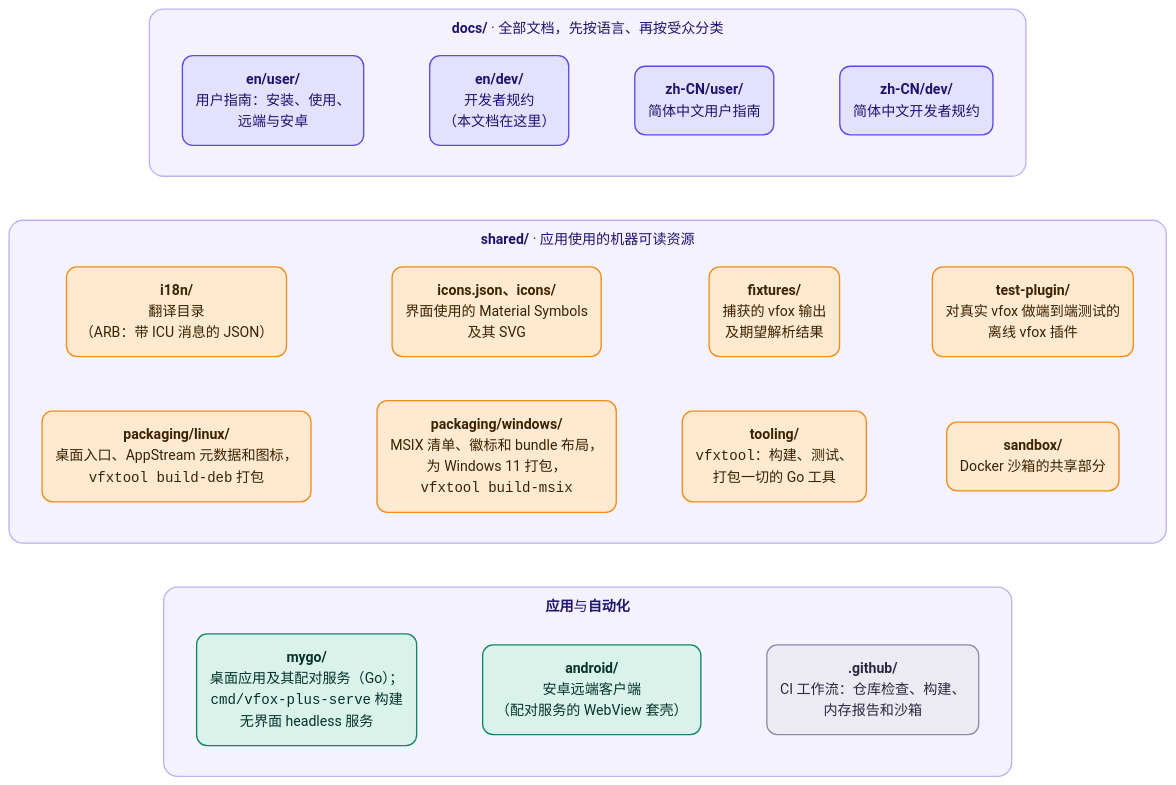
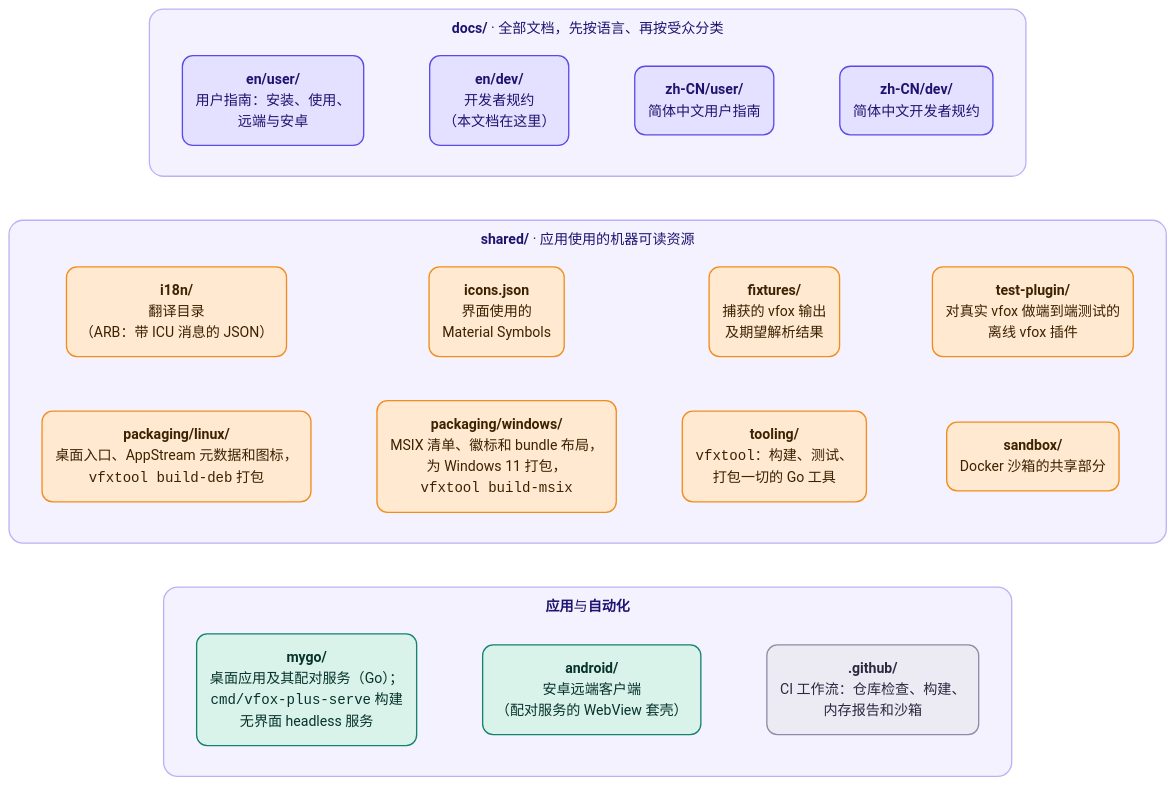
Before and after one commit to version-fox/vfox-plus: the first of 3 diagrams in docs/zh-CN/dev/architecture.md, drawn with Mermaid. The commit also changed other lines of this file and 136 other files, not shown here.

````diff
--- a/docs/zh-CN/dev/architecture.md
+++ b/docs/zh-CN/dev/architecture.md
@@ -12,51 +12,51 @@
 ```mermaid
 ---
 config:
   theme: base
   themeVariables:
     fontFamily: "system-ui, -apple-system, 'Segoe UI', 'Noto Sans', 'Noto Sans CJK SC', 'PingFang SC', 'Microsoft YaHei', sans-serif"
     lineColor: "#7C79A8"
     primaryColor: "#FFE9D0"
     primaryBorderColor: "#F28C1B"
     primaryTextColor: "#3B2200"
     clusterBkg: "#F4F2FF"
     clusterBorder: "#B9B3F5"
     titleColor: "#1E1470"
     edgeLabelBackground: "#FFFFFF"
   flowchart:
     curve: basis
     wrappingWidth: 320
     subGraphTitleMargin:
       top: 10
       bottom: 8
 ---
 flowchart TB
     accTitle: 仓库布局
     accDescr: docs 存放文档，shared 存放应用使用的资源，mygo 与 android 是应用，.github 是 CI 工作流。
     subgraph docs["<b>docs/</b> · 全部文档，先按语言、再按受众分类"]
         direction LR
         d1("<b>en/user/</b><br/>用户指南：安装、使用、<br/>远端与安卓") ~~~ d2("<b>en/dev/</b><br/>开发者规约<br/>（本文档在这里）") ~~~ d3("<b>zh-CN/user/</b><br/>简体中文用户指南") ~~~ d4("<b>zh-CN/dev/</b><br/>简体中文开发者规约")
     end
     subgraph shared["<b>shared/</b> · 应用使用的机器可读资源"]
         direction LR
-        s1("<b>i18n/</b><br/>翻译目录<br/>（ARB：带 ICU 消息的 JSON）") ~~~ s2("<b>icons.json、icons/</b><br/>界面使用的 Material Symbols<br/>及其 SVG") ~~~ s3("<b>fixtures/</b><br/>捕获的 vfox 输出<br/>及期望解析结果") ~~~ s4("<b>test-plugin/</b><br/>对真实 vfox 做端到端测试的<br/>离线 vfox 插件")
+        s1("<b>i18n/</b><br/>翻译目录<br/>（ARB：带 ICU 消息的 JSON）") ~~~ s2("<b>icons.json</b><br/>界面使用的<br/>Material Symbols") ~~~ s3("<b>fixtures/</b><br/>捕获的 vfox 输出<br/>及期望解析结果") ~~~ s4("<b>test-plugin/</b><br/>对真实 vfox 做端到端测试的<br/>离线 vfox 插件")
         s5("<b>packaging/linux/</b><br/>桌面入口、AppStream 元数据和图标，<br/><code>vfxtool build-deb</code> 打包") ~~~ s6("<b>packaging/windows/</b><br/>MSIX 清单、徽标和 bundle 布局，<br/>为 Windows 11 打包，<br/><code>vfxtool build-msix</code>") ~~~ s7("<b>tooling/</b><br/><code>vfxtool</code>：构建、测试、<br/>打包一切的 Go 工具") ~~~ s8("<b>sandbox/</b><br/>Docker 沙箱的共享部分")
     end
     subgraph code["<b>应用</b>与<b>自动化</b>"]
         direction LR
         m("<b>mygo/</b><br/>桌面应用及其配对服务（Go）；<br/><code>cmd/vfox-plus-serve</code> 构建<br/>无界面 headless 服务") ~~~ a("<b>android/</b><br/>安卓远端客户端<br/>（配对服务的 WebView 套壳）") ~~~ g("<b>.github/</b><br/>CI 工作流：仓库检查、构建、<br/>内存报告和沙箱")
     end
     docs ~~~ shared ~~~ code
 
     classDef docs fill:#E4E0FF,stroke:#5A4BE8,color:#1E1470,stroke-width:1.5px,rx:12,ry:12
     classDef shared fill:#FFE9D0,stroke:#F28C1B,color:#3B2200,stroke-width:1.5px,rx:12,ry:12
     classDef app fill:#D9F2EA,stroke:#13836B,color:#06332A,stroke-width:1.5px,rx:12,ry:12
     classDef ci fill:#ECEBF3,stroke:#8E8BA8,color:#2B2840,stroke-width:1.5px,rx:12,ry:12
     class d1,d2,d3,d4 docs
     class s1,s2,s3,s4,s5,s6,s7,s8 shared
     class m,a app
     class g ci
     style docs fill:#F4F2FF,stroke:#B9B3F5,stroke-width:1.5px,rx:16,ry:16
     style shared fill:#F4F2FF,stroke:#B9B3F5,stroke-width:1.5px,rx:16,ry:16
     style code fill:#F4F2FF,stroke:#B9B3F5,stroke-width:1.5px,rx:16,ry:16
 ```
````
